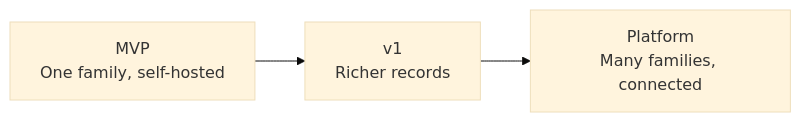
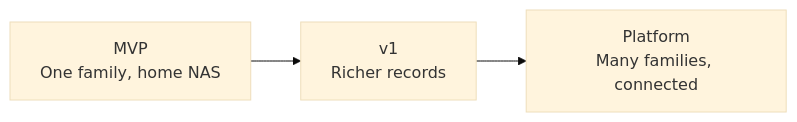
The diagram in docs/product/roadmap.md (Alfredo-Moreira/nos_raiz), drawn with Mermaid (base theme) before and after one commit. The commit also changed other lines of this file and 26 other files, not shown here.

First line of the commit message:
docs: record architecture, access and hosting decisions

````diff
--- a/docs/product/roadmap.md
+++ b/docs/product/roadmap.md
@@ -5,4 +5,4 @@
 ```mermaid
 flowchart LR
-    M["MVP<br/>One family, self-hosted"] --> V["v1<br/>Richer records"] --> P["Platform<br/>Many families, connected"]
+    M["MVP<br/>One family, home NAS"] --> V["v1<br/>Richer records"] --> P["Platform<br/>Many families, connected"]
 ```
````
